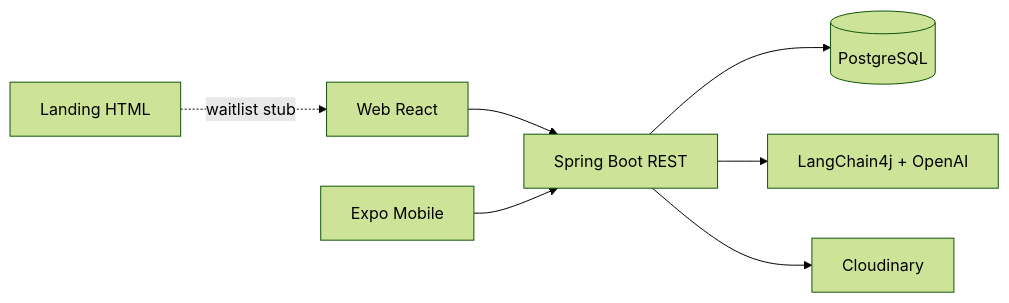
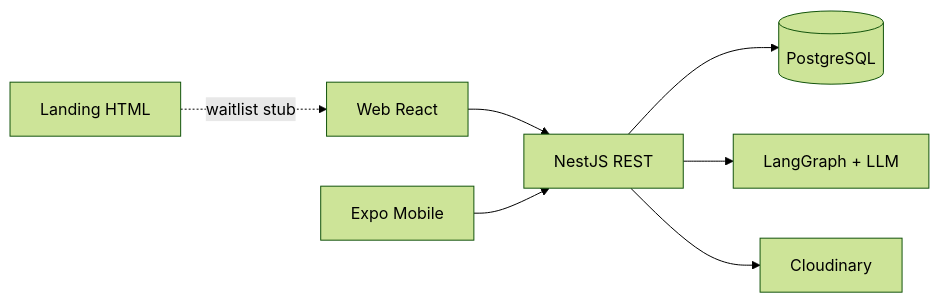
One commit to frenchdog0802/cookcopilot changed the diagram in README.md. Above: the diagram before and after it, drawn with Mermaid (forest theme). The commit also changed other lines of this file and 66 other files, not shown here.

First line of the commit message:
Remove Spring backend cutover and sync Nest-first launch docs.

````diff
--- a/README.md
+++ b/README.md
@@ -152,9 +126,9 @@
 ```mermaid
 flowchart LR
-    Web[Web React] --> API[Spring Boot REST]
+    Web[Web React] --> API[NestJS REST]
     Mobile[Expo Mobile] --> API
     API --> PG[(PostgreSQL)]
-    API --> AI[LangChain4j + OpenAI]
+    API --> AI[LangGraph + LLM]
     API --> CL[Cloudinary]
     LP[Landing HTML] -.->|waitlist stub| Web
 ```
````
